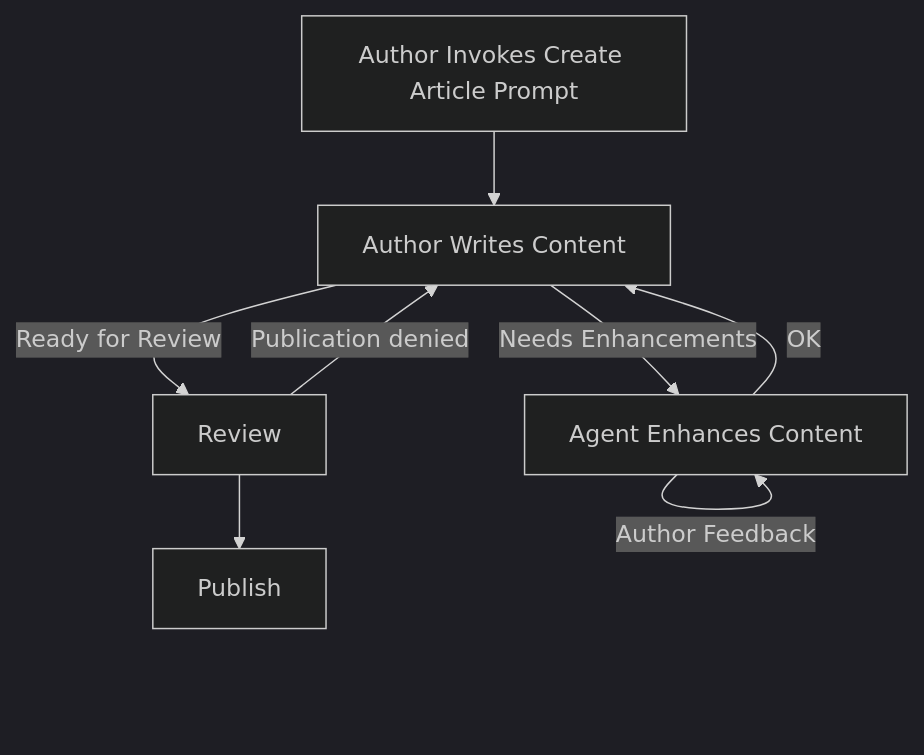
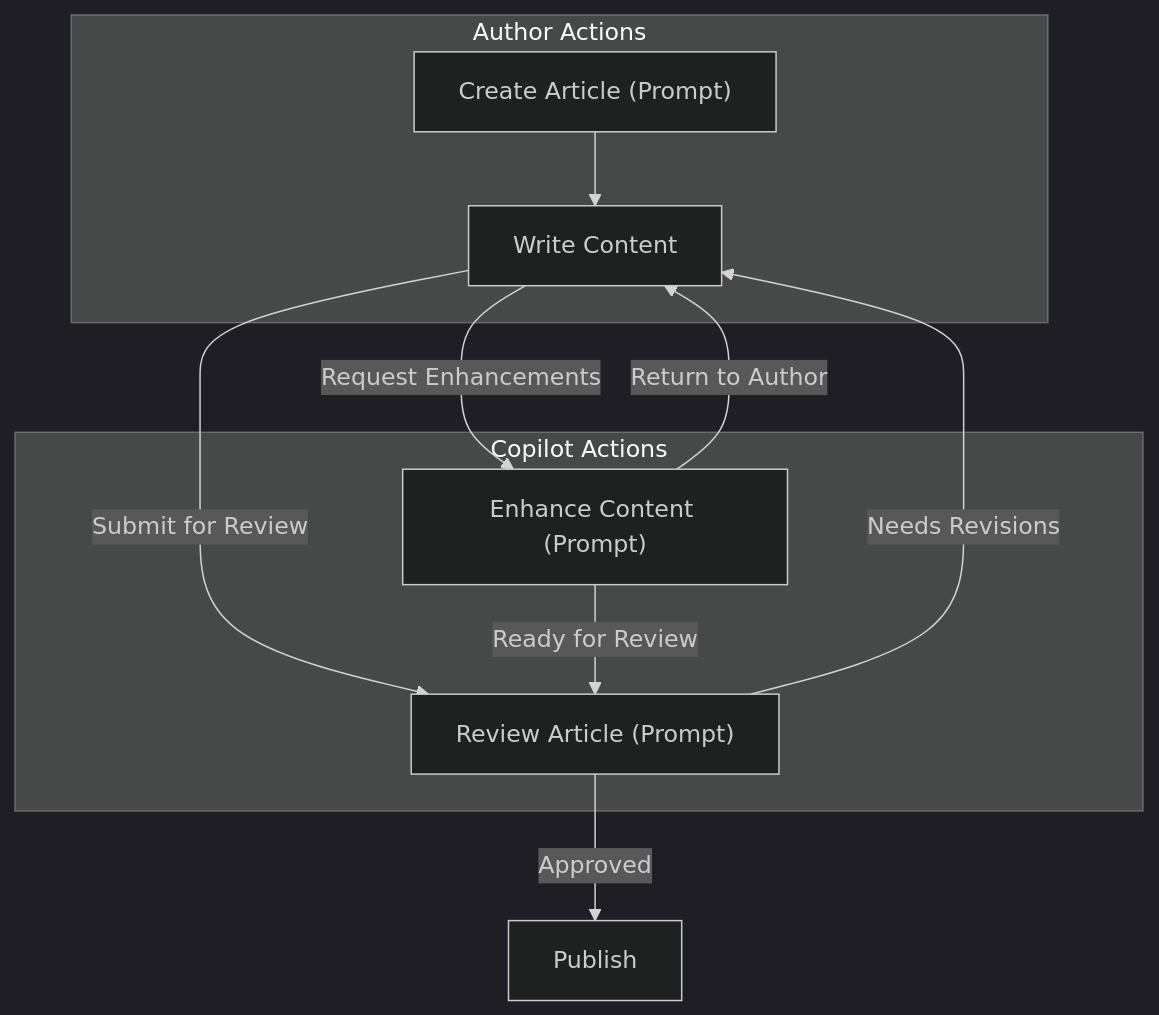
One commit to lfarci/loganfarci.com changed the second of 2 diagrams in content/articles/github-copilot-customizations.md. Above: the diagram before and after it, drawn with Mermaid (dark theme).

Commit message:
refactor: Improve flowchart structure for author and Copilot actions in GitHub Copilot customization article

````diff
--- a/content/articles/github-copilot-customizations.md
+++ b/content/articles/github-copilot-customizations.md
@@ -94,17 +94,20 @@
 ```mermaid
 flowchart TB
-    create["Author Invokes Create Article Prompt"]
-    write["Author Writes Content"]
-    enhance["Agent Enhances Content"]
-    review["Review"]
+    subgraph Author Actions
+        create["Create Article (Prompt)"]
+        write["Write Content"]
+    end
+    subgraph Copilot Actions
+        enhance["Enhance Content (Prompt)"]
+        review["Review Article (Prompt)"]
+    end
     publish["Publish"]
 
     create --> write
-    write -- "Ready for Review" --> review
-    write -- "Needs Enhancements" --> enhance
-    enhance -- "Author Feedback" --> enhance
-    enhance -- "OK" --> write
-
-    review --> publish
-    review -- "Publication denied" --> write
+    write -- "Submit for Review" --> review
+    write -- "Request Enhancements" --> enhance
+    enhance -- "Return to Author" --> write
+    enhance -- "Ready for Review" --> review
+    review -- "Approved" --> publish
+    review -- "Needs Revisions" --> write
 ```
````
